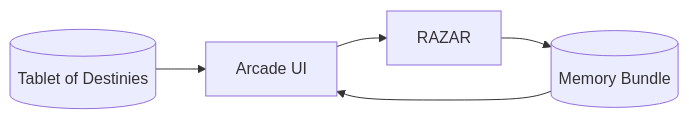
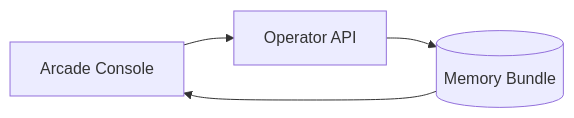
One commit to DINGIRABZU/ABZU changed the sixth of 6 diagrams in docs/system_blueprint.md. Above: the diagram before and after it, drawn with Mermaid. The commit also changed 2 other files, not shown here.

Commit message:
docs: clarify arcade memory flows follow-up
I added memory interface diagrams in The Absolute Protocol, Blueprint Spine, and System Blueprint to obtain clearer ignition and UI pathways, expecting contributors to scan memory states easily.

````diff
--- a/docs/system_blueprint.md
+++ b/docs/system_blueprint.md
@@ -631,7 +631,6 @@
 ```mermaid
 flowchart LR
-    Tablet[(Tablet of Destinies)] --> ArcadeUI[Arcade UI]
-    ArcadeUI --> RAZAR
-    RAZAR --> MemoryBundle[(Memory Bundle)]
-    MemoryBundle --> ArcadeUI
+    Console[Arcade Console] --> OperatorAPI[Operator API]
+    OperatorAPI --> MemoryBundle[(Memory Bundle)]
+    MemoryBundle --> Console
 ```
````
